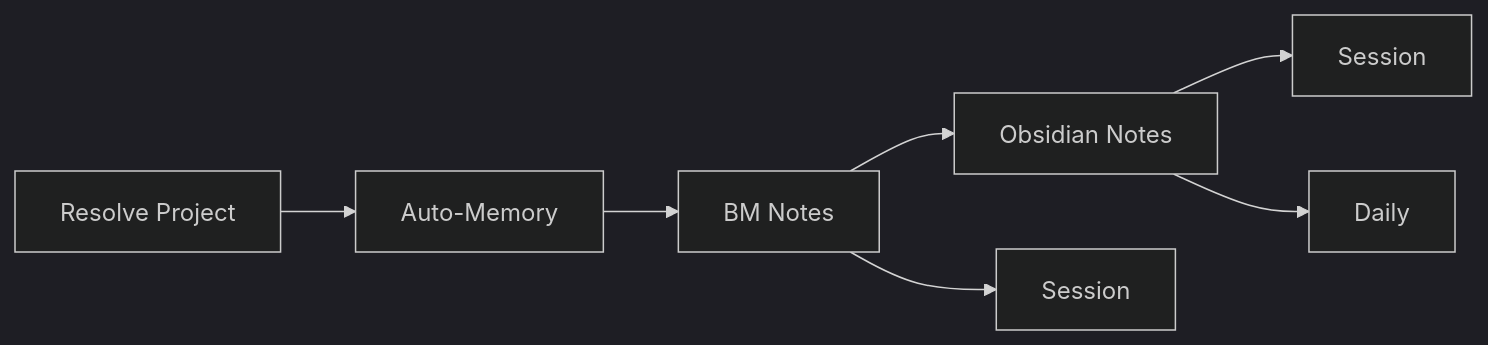
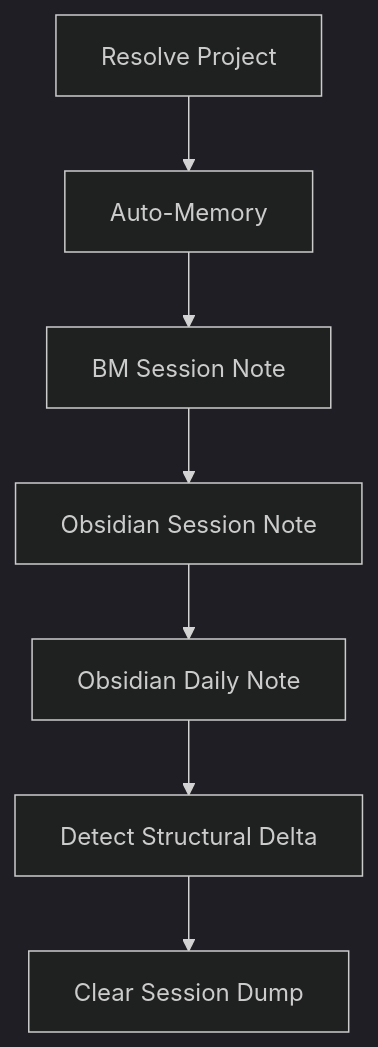
Before and after one commit to adeonir/agent-skills: the diagram in skills/personal/wrap-up/README.md, drawn with Mermaid (dark theme). The commit also changed other lines of this file and 4 other files, not shown here.

````diff
--- a/skills/personal/wrap-up/README.md
+++ b/skills/personal/wrap-up/README.md
@@ -13,9 +7,9 @@
 ```mermaid
-flowchart LR
-  A[Resolve Project] --> B[Auto-Memory]
-  B --> C[BM Notes]
-  C --> D[Obsidian Notes]
-  C --> C1[Session]
-  D --> D1[Session]
-  D --> D2[Daily]
+flowchart TD
+    A[Resolve Project] --> B[Auto-Memory]
+    B --> C[BM Session Note]
+    C --> D[Obsidian Session Note]
+    D --> E[Obsidian Daily Note]
+    E --> F[Detect Structural Delta]
+    F --> G[Clear Session Dump]
 ```
````
